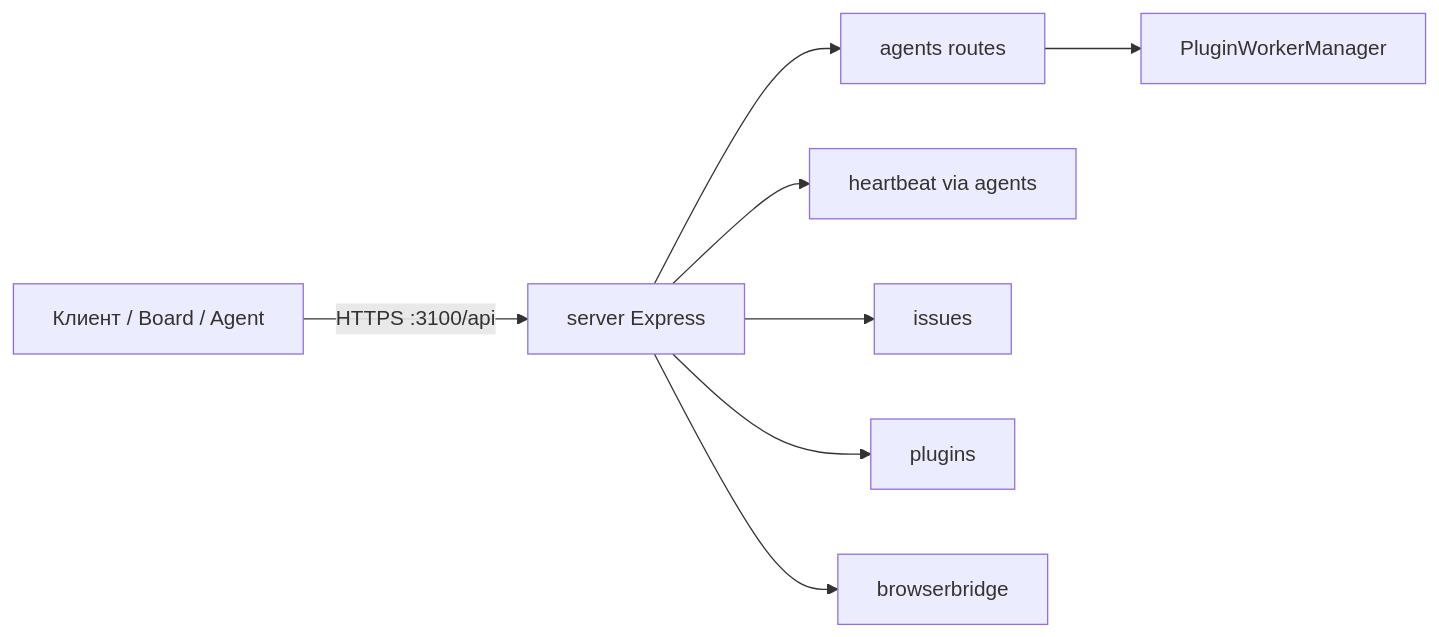
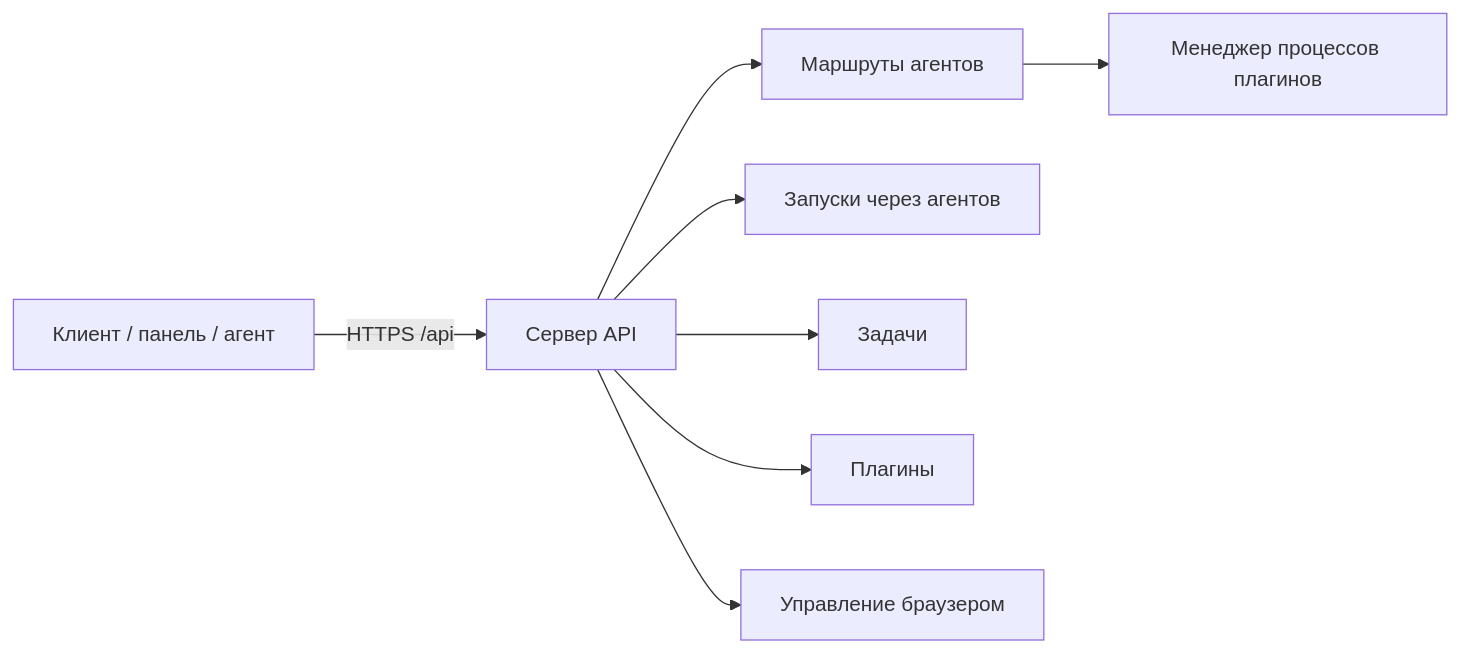
One commit to Dmitriion/datagent-docs changed the diagram in docs/api-reference/overview.md. Above: the diagram before and after it, drawn with Mermaid. The commit also changed other lines of this file and 52 other files, not shown here.

````diff
--- a/docs/api-reference/overview.md
+++ b/docs/api-reference/overview.md
@@ -32,10 +40,10 @@
 ```mermaid
 flowchart LR
-  Client[Клиент / Board / Agent] -->|HTTPS :3100/api| Express[server Express]
-  Express --> Agents[agents routes]
-  Express --> HB[heartbeat via agents]
-  Express --> Issues[issues]
-  Express --> Plugins[plugins]
-  Express --> BB[browserbridge]
-  Agents --> PWM[PluginWorkerManager]
+  Client[Клиент / панель / агент] -->|HTTPS /api| Express[Сервер API]
+  Express --> Agents[Маршруты агентов]
+  Express --> HB[Запуски через агентов]
+  Express --> Issues[Задачи]
+  Express --> Plugins[Плагины]
+  Express --> BB[Управление браузером]
+  Agents --> PWM[Менеджер процессов плагинов]
 ```
````
